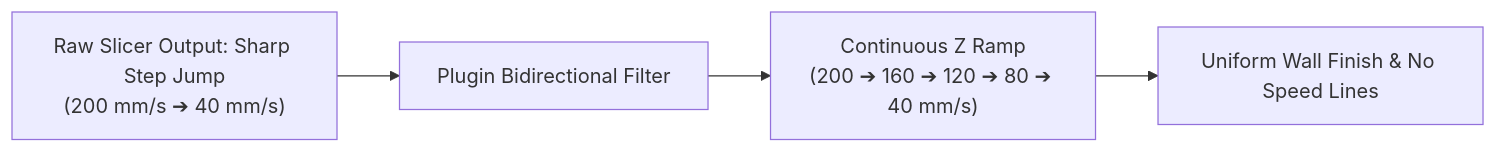
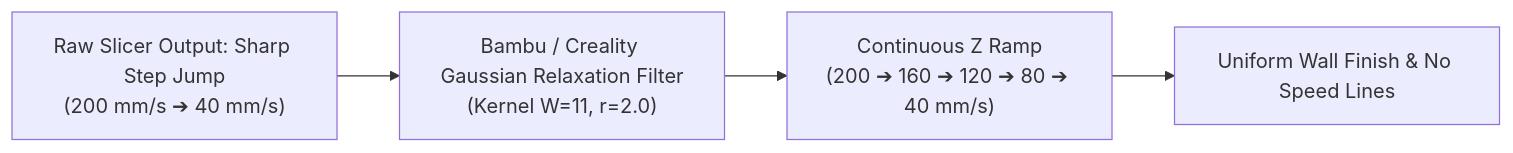
One commit to persano/smooth-z-wall-speed-plugin changed the diagram in README.md. Above: the diagram before and after it, drawn with Mermaid. The commit also changed other lines of this file and 5 other files, not shown here.

Commit message:
feat: implement 1:1 Creality Print / Bambu Studio iterative Gaussian filter relaxation

````diff
--- a/README.md
+++ b/README.md
@@ -24,6 +24,6 @@
 ```mermaid
 flowchart LR
-    A["Raw Slicer Output: Sharp Step Jump<br>(200 mm/s ➔ 40 mm/s)"] --> B["Plugin Bidirectional Filter"]
+    A["Raw Slicer Output: Sharp Step Jump<br>(200 mm/s ➔ 40 mm/s)"] --> B["Bambu / Creality Gaussian Relaxation Filter<br>(Kernel W=11, r=2.0)"]
     B --> C["Continuous Z Ramp<br>(200 ➔ 160 ➔ 120 ➔ 80 ➔ 40 mm/s)"]
     C --> D["Uniform Wall Finish & No Speed Lines"]
 ```
````
